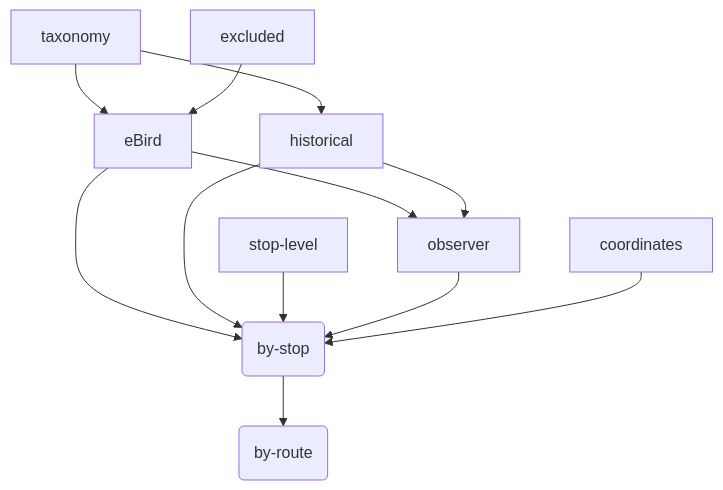
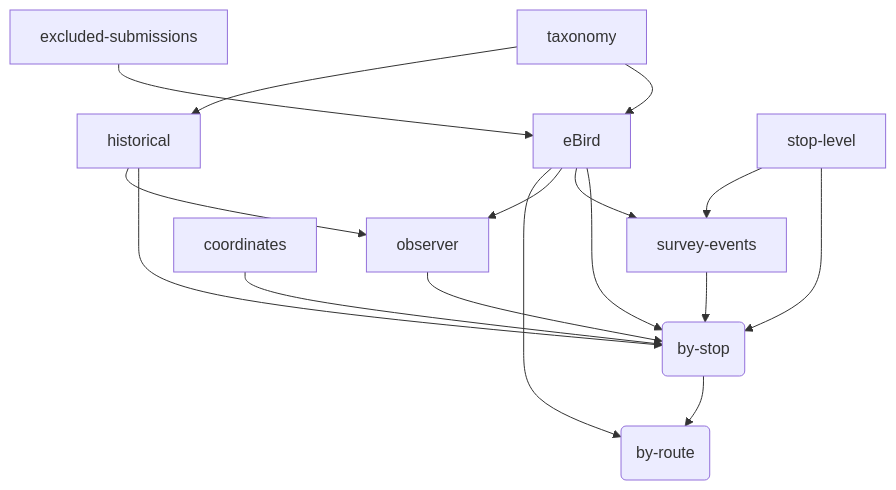
One commit to nc-minibbs/mbbs changed the diagram in docs/data-pipeline.md. Above: the diagram before and after it, drawn with Mermaid. The commit also changed other lines of this file, not shown here.

Commit message:
add survey events

````diff
--- a/docs/data-pipeline.md
+++ b/docs/data-pipeline.md
@@ -62,24 +65,29 @@
 ```mermaid
 flowchart TD
   A[eBird]
   B[historical]
   C[stop-level]
   D[taxonomy]
   E[observer]
   F[coordinates]
-  G[excluded]
+  G[excluded-submissions]
+  H[survey-events]
   O1(by-stop)
   O2(by-route)
 
   A --> O1
   B --> O1
   C --> O1
   D --> A
   D --> B
+  A --> H
+  C --> H
+  H --> O1
   A --> E
   B --> E
   G --> A
   E --> O1
   F --> O1
+  A --> O2
   O1 --> O2
 ```
````
